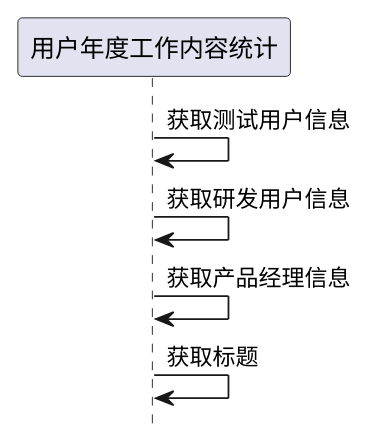
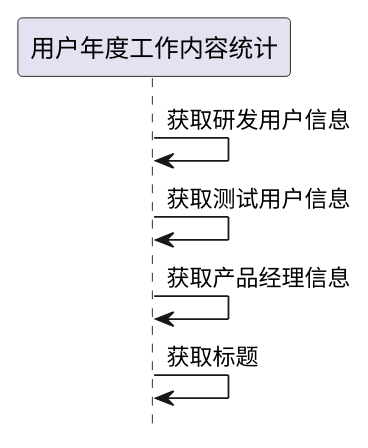
One commit to zj335841911/nt_chandao changed the fifth of 5 diagrams in ibizpms-docs/src/main/doc/v1/module/ibiz/UserYearWorkStats_old.md. Above: the diagram before and after it, drawn with PlantUML. The commit also changed other lines of this file and 903 other files, not shown here.

```diff
--- a/ibizpms-docs/src/main/doc/v1/module/ibiz/UserYearWorkStats_old.md
+++ b/ibizpms-docs/src/main/doc/v1/module/ibiz/UserYearWorkStats_old.md
@@ -227,8 +227,8 @@
 {% plantuml %}
 hide footbox
 
+用户年度工作内容统计 -> 用户年度工作内容统计: 获取研发用户信息
 用户年度工作内容统计 -> 用户年度工作内容统计: 获取测试用户信息
-用户年度工作内容统计 -> 用户年度工作内容统计: 获取研发用户信息
 用户年度工作内容统计 -> 用户年度工作内容统计: 获取产品经理信息
 用户年度工作内容统计 -> 用户年度工作内容统计: 获取标题
 {% endplantuml %}
```
